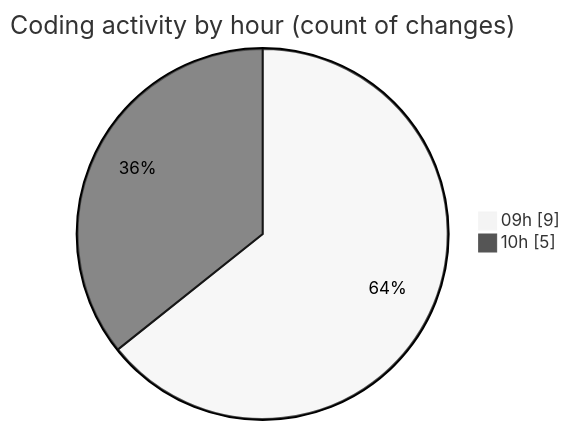
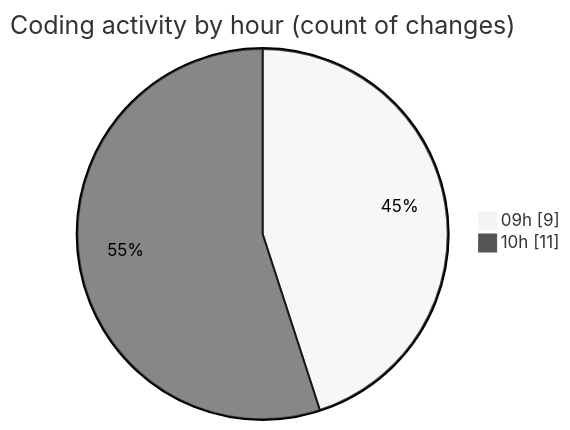
The second of 2 diagrams in 2025-02-04/cda/README.md (momahboobian/code-tracking), drawn with Mermaid (neutral theme) before and after one commit. The commit also changed other lines of this file and 1 other file, not shown here.

````diff
--- a/2025-02-04/cda/README.md
+++ b/2025-02-04/cda/README.md
@@ -28,6 +28,6 @@
 ```mermaid
 pie showData
 title Coding activity by hour (count of changes)
 "09h" : 9
-"10h" : 5
+"10h" : 11
 ```
````
